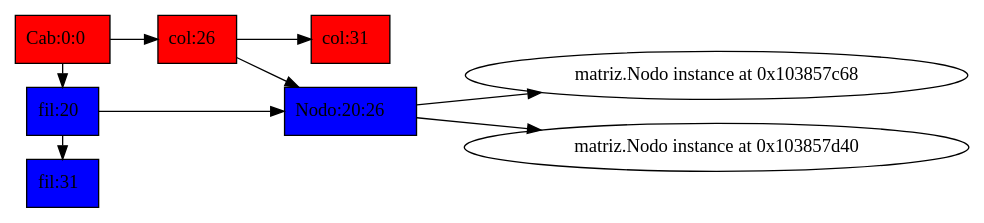
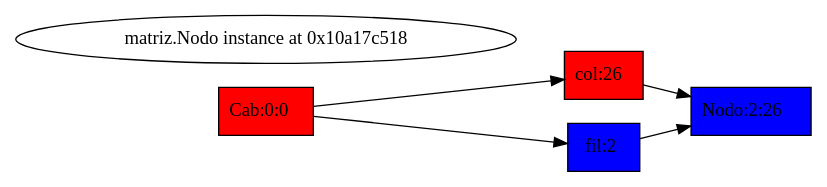
The diagram in web/satelitejugador1.dot (leonelyutu/ProyectoJunio2017_200819281), drawn with Graphviz before and after one commit. The commit also changed 130 other files, not shown here.

```diff
--- a/web/satelitejugador1.dot
+++ b/web/satelitejugador1.dot
@@ -1,15 +1,12 @@
 digraph g{
 rankdir=LR
-<matriz.Nodo instance at 0x1038573f8>[label =<Cab:0:0> shape =box, style=filled, fillcolor=red] 
-<matriz.Nodo instance at 0x103857d88>[label =<col:26> shape =box, style=filled, fillcolor=red] 
-<matriz.Nodo instance at 0x1038573b0>[label =<col:31> shape =box, style=filled, fillcolor=red] 
-<matriz.Nodo instance at 0x1038573f8>-><matriz.Nodo instance at 0x103857d88><matriz.Nodo instance at 0x103857d88>-><matriz.Nodo instance at 0x1038573b0><matriz.Nodo instance at 0x103857cb0>[label = <fil:20> shape =box, style=filled, fillcolor=blue] 
-<matriz.Nodo instance at 0x103857368>[label = <fil:31> shape =box, style=filled, fillcolor=blue] 
-<matriz.Nodo instance at 0x1038573f8>-><matriz.Nodo instance at 0x103857cb0><matriz.Nodo instance at 0x103857cb0>-><matriz.Nodo instance at 0x103857368>subgraph{
-rank = same;<matriz.Nodo instance at 0x1038573f8>;<matriz.Nodo instance at 0x103857368><matriz.Nodo instance at 0x103857cb0>;<matriz.Nodo instance at 0x103857368>}
-<matriz.Nodo instance at 0x103857cb0>-><matriz.Nodo instance at 0x103857dd0>
-<matriz.Nodo instance at 0x103857dd0>[label = <Nodo:20:26> shape =box, style=filled, fillcolor=blue] 
-<matriz.Nodo instance at 0x103857dd0>-><matriz.Nodo instance at 0x103857c68>
-<matriz.Nodo instance at 0x103857d88>-><matriz.Nodo instance at 0x103857dd0>
-<matriz.Nodo instance at 0x103857dd0>-><matriz.Nodo instance at 0x103857d40>
+<matriz.Nodo instance at 0x10a17c5a8>[label =<Cab:0:0> shape =box, style=filled, fillcolor=red] 
+<matriz.Nodo instance at 0x10a180170>[label =<col:26> shape =box, style=filled, fillcolor=red] 
+<matriz.Nodo instance at 0x10a17c5a8>-><matriz.Nodo instance at 0x10a180170>
+<matriz.Nodo instance at 0x10a1800e0>[label = <fil:2> shape =box, style=filled, fillcolor=blue] 
+<matriz.Nodo instance at 0x10a17c5a8>-><matriz.Nodo instance at 0x10a1800e0>subgraph{
+rank = same;<matriz.Nodo instance at 0x10a17c5a8>;<matriz.Nodo instance at 0x10a17c518>}
+<matriz.Nodo instance at 0x10a1800e0>-><matriz.Nodo instance at 0x10a1801b8>
+<matriz.Nodo instance at 0x10a1801b8>[label = <Nodo:2:26> shape =box, style=filled, fillcolor=blue] 
+<matriz.Nodo instance at 0x10a180170>-><matriz.Nodo instance at 0x10a1801b8>
 }
```
